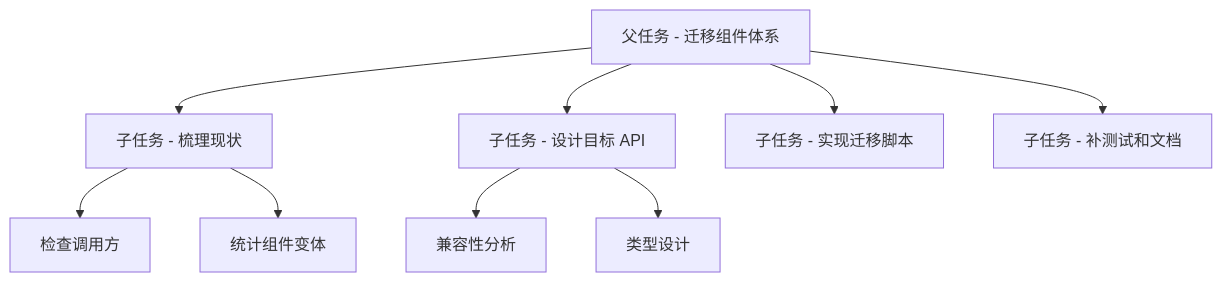
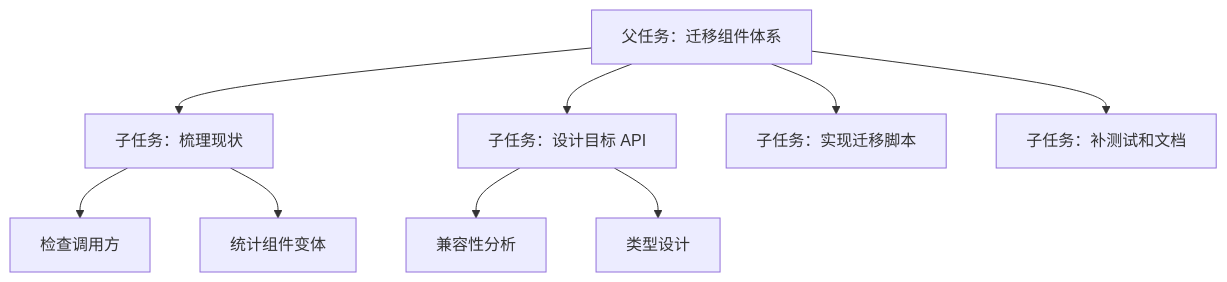
One commit to sulifreely/hannah changed the eighth of 13 diagrams in src/content/blog/soft-orchestration-in-skills.md. Above: the diagram before and after it, drawn with Mermaid. The commit also changed other lines of this file and 20 other files, not shown here.

Commit message:
chore: rewrite diagrams

````diff
--- a/src/content/blog/soft-orchestration-in-skills.md
+++ b/src/content/blog/soft-orchestration-in-skills.md
@@ -441,20 +442,20 @@
 ```mermaid
 flowchart TD
-    A[父任务 - 迁移组件体系]
-    B[子任务 - 梳理现状]
-    C[子任务 - 设计目标 API]
-    D[子任务 - 实现迁移脚本]
-    E[子任务 - 补测试和文档]
-    B1[检查调用方]
-    B2[统计组件变体]
-    C1[兼容性分析]
-    C2[类型设计]
+    A["父任务：迁移组件体系"]
+    B["子任务：梳理现状"]
+    C["子任务：设计目标 API"]
+    D["子任务：实现迁移脚本"]
+    E["子任务：补测试和文档"]
+    B1["检查调用方"]
+    B2["统计组件变体"]
+    C1["兼容性分析"]
+    C2["类型设计"]
     A --> B
     A --> C
     A --> D
     A --> E
     B --> B1
     B --> B2
     C --> C1
     C --> C2
 ```
````
